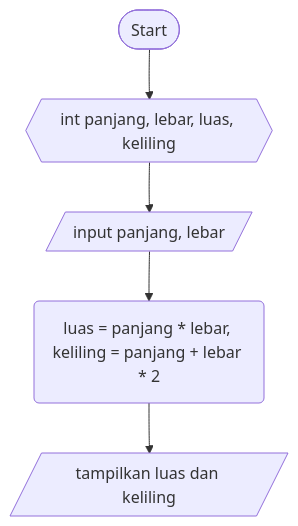
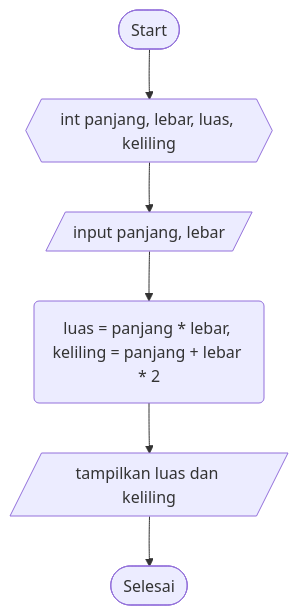
The diagram in PersegiPanjang.md (SATRIODIANNUGROHO/Latihan4_27_SatrioDianNugroho), drawn with Mermaid before and after one commit.

````diff
--- a/PersegiPanjang.md
+++ b/PersegiPanjang.md
@@ -13,7 +13,8 @@
 ```mermaid
 graph TD;
     A([Start])-->B{{int panjang, lebar, luas, keliling}};
     B{{int panjang, lebar, luas, keliling}}-->C[/input panjang, lebar/];
     C[/input panjang, lebar/]-->D(luas = panjang * lebar, keliling = panjang + lebar * 2);
-    D(luas = panjang * lebar, keliling = panjang + lebar * 2)-->E[/tampilkan luas dan keliling/]
+    D(luas = panjang * lebar, keliling = panjang + lebar * 2)-->E[/tampilkan luas dan keliling/];
+    E[/tampilkan luas dan keliling/]-->F([Selesai])
 ```
````
